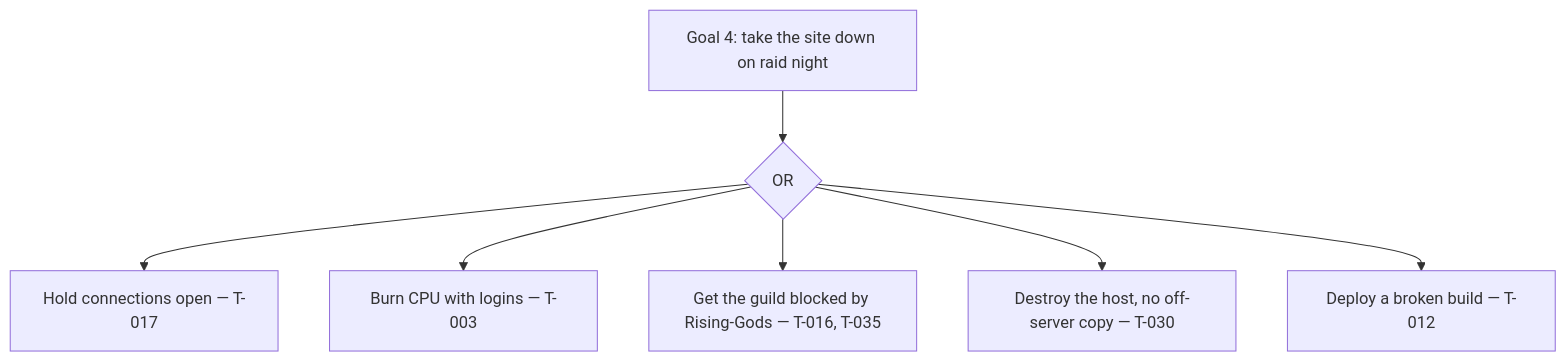
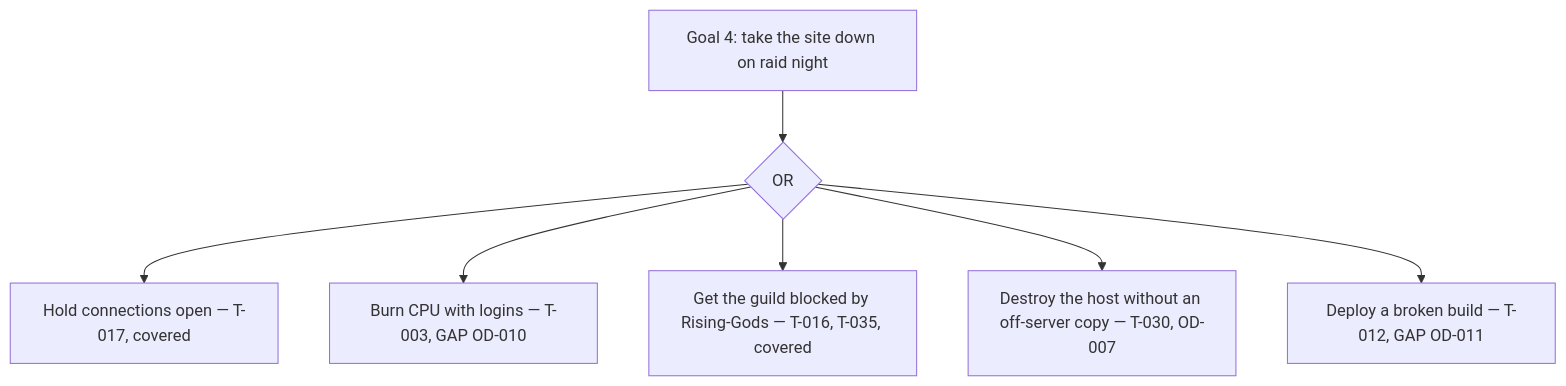
The fourth of 6 diagrams in THREAT_MODEL.md (robinschweitz/raid-website), drawn with Mermaid before and after one commit. The commit also changed other lines of this file, not shown here.

````diff
--- a/THREAT_MODEL.md
+++ b/THREAT_MODEL.md
@@ -462,9 +422,9 @@
 ```mermaid
 flowchart TD
   G4["Goal 4: take the site down on raid night"] --> O{OR}
-  O --> D1["Hold connections open — T-017"]
-  O --> D2["Burn CPU with logins — T-003"]
-  O --> D3["Get the guild blocked by Rising-Gods — T-016, T-035"]
-  O --> D4["Destroy the host, no off-server copy — T-030"]
-  O --> D5["Deploy a broken build — T-012"]
+  O --> D1["Hold connections open — T-017, covered"]
+  O --> D2["Burn CPU with logins — T-003, GAP OD-010"]
+  O --> D3["Get the guild blocked by Rising-Gods — T-016, T-035, covered"]
+  O --> D4["Destroy the host without an off-server copy — T-030, OD-007"]
+  O --> D5["Deploy a broken build — T-012, GAP OD-011"]
 ```
````
